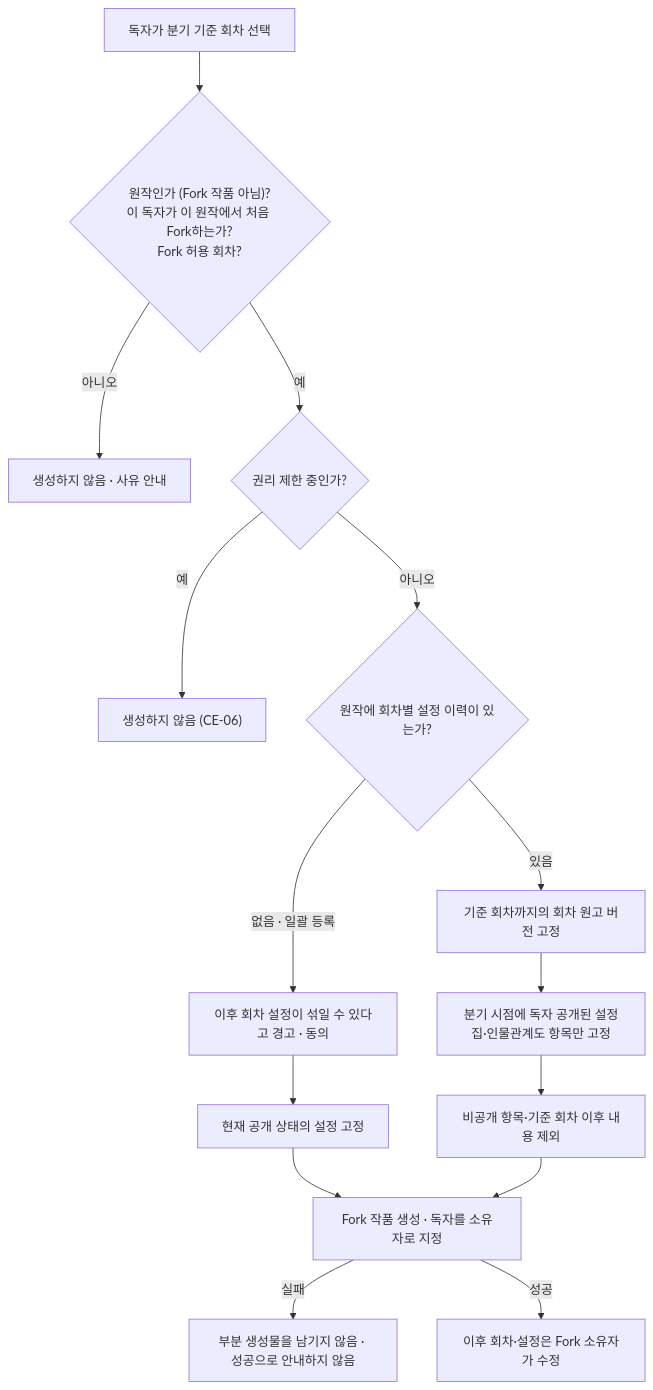
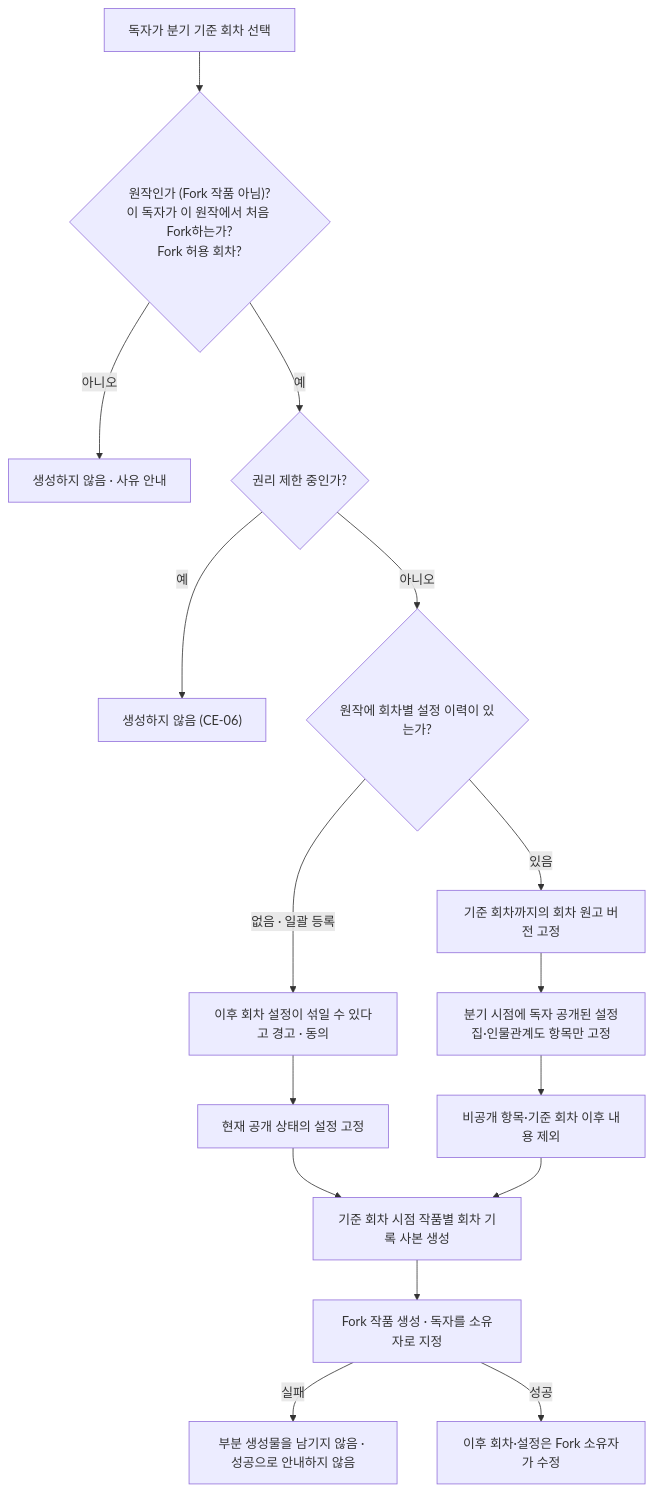
Before and after one commit to SKNETWORKS-FAMILY-AICAMP/SKN34-FINAL-4TEAM: the second of 2 diagrams in docs/diagrams/activity.md, drawn with Mermaid. The commit also changed 12 other files, not shown here.

````diff
--- a/docs/diagrams/activity.md
+++ b/docs/diagrams/activity.md
@@ -36,17 +36,18 @@
 ```mermaid
 flowchart TD
   S["독자가 분기 기준 회차 선택"] --> C1{"원작인가 (Fork 작품 아님)?<br/>이 독자가 이 원작에서 처음 Fork하는가?<br/>Fork 허용 회차?"}
   C1 -->|"아니오"| X1["생성하지 않음 · 사유 안내"]
   C1 -->|"예"| C2{"권리 제한 중인가?"}
   C2 -->|"예"| X2["생성하지 않음 (CE-06)"]
   C2 -->|"아니오"| H{"원작에 회차별 설정 이력이 있는가?"}
   H -->|"없음 · 일괄 등록"| WN["이후 회차 설정이 섞일 수 있다고 경고 · 동의"]
   WN --> G0["현재 공개 상태의 설정 고정"]
-  G0 --> M
+  G0 --> CP
   H -->|"있음"| G1["기준 회차까지의 회차 원고 버전 고정"]
   G1 --> G2["분기 시점에 독자 공개된 설정집·인물관계도 항목만 고정"]
   G2 --> G3["비공개 항목·기준 회차 이후 내용 제외"]
-  G3 --> M["Fork 작품 생성 · 독자를 소유자로 지정"]
+  G3 --> CP["기준 회차 시점 작품별 회차 기록 사본 생성"]
+  CP --> M["Fork 작품 생성 · 독자를 소유자로 지정"]
   M -->|"실패"| X3["부분 생성물을 남기지 않음 · 성공으로 안내하지 않음"]
   M -->|"성공"| D["이후 회차·설정은 Fork 소유자가 수정"]
 ```
````
